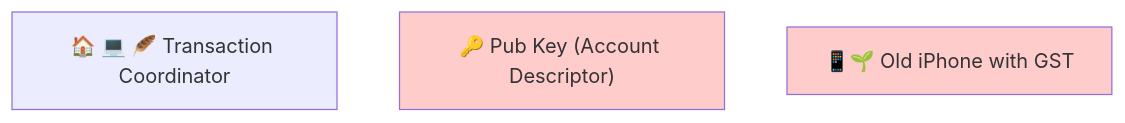
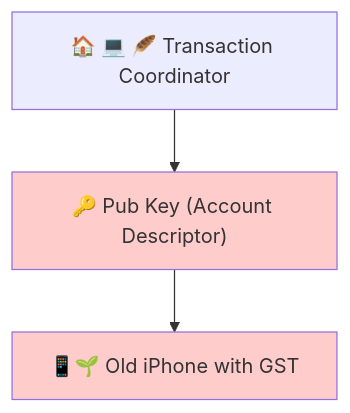
Before and after one commit to BlockchainCommons/SmartCustody: diagram 14 of 24 in Docs/Scenario-Multisig.md, drawn with Mermaid. The commit also changed other lines of this file, not shown here.

````diff
--- a/Docs/Scenario-Multisig.md
+++ b/Docs/Scenario-Multisig.md
@@ -536,9 +536,11 @@
 ```mermaid
     graph TD;
     A["🏠 💻 🪶 Transaction Coordinator"]
     B["🔑 Pub Key (Account Descriptor)"]
     C["📱🌱 Old iPhone with GST"]
 
+    A-->B-->C
+    
     style B fill:#ffcccc;
     style C fill:#ffcccc;
 ```
````
